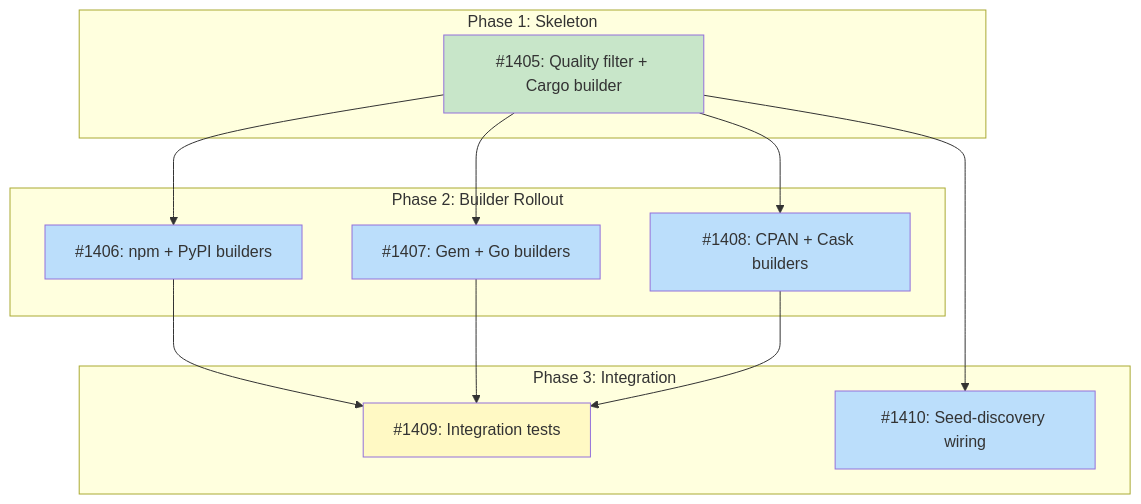
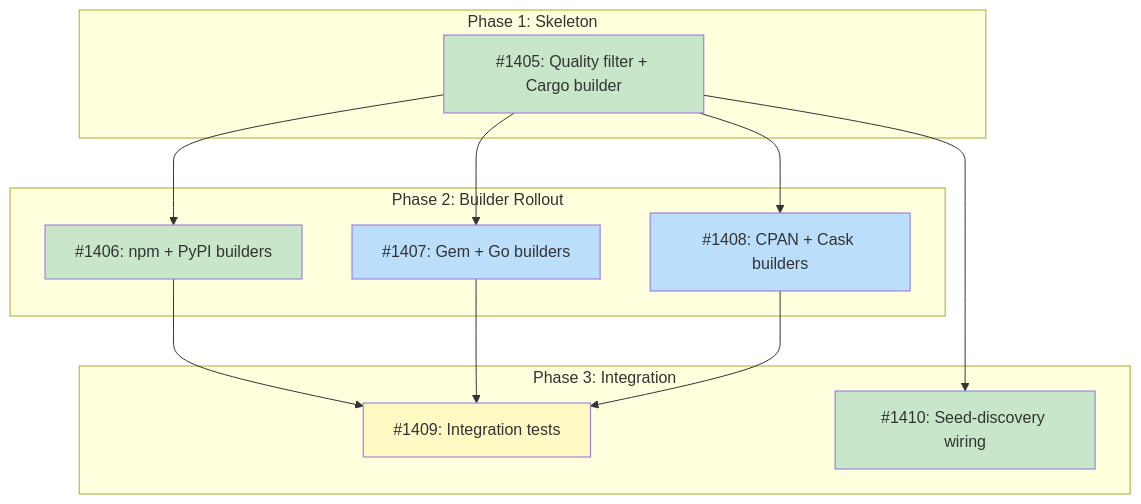
The diagram in docs/designs/DESIGN-probe-quality-filtering.md (tsukumogami/tsuku), drawn with Mermaid before and after one commit. The commit also changed other lines of this file and 832 other files, not shown here.

````diff
--- a/docs/designs/DESIGN-probe-quality-filtering.md
+++ b/docs/designs/DESIGN-probe-quality-filtering.md
@@ -38,34 +38,36 @@
 ```mermaid
 graph TD
     subgraph Phase1["Phase 1: Skeleton"]
         I1405["#1405: Quality filter + Cargo builder"]
     end
 
     subgraph Phase2["Phase 2: Builder Rollout"]
         I1406["#1406: npm + PyPI builders"]
         I1407["#1407: Gem + Go builders"]
         I1408["#1408: CPAN + Cask builders"]
     end
 
     subgraph Phase3["Phase 3: Integration"]
         I1409["#1409: Integration tests"]
         I1410["#1410: Seed-discovery wiring"]
     end
 
     I1405 --> I1406
     I1405 --> I1407
     I1405 --> I1408
     I1406 --> I1409
     I1407 --> I1409
     I1408 --> I1409
     I1405 --> I1410
 
     classDef done fill:#c8e6c9
     classDef ready fill:#bbdefb
     classDef blocked fill:#fff9c4
     classDef needsDesign fill:#e1bee7
 
     class I1405 done
-    class I1406,I1407,I1408,I1410 ready
+    class I1406 done
+    class I1407,I1408 ready
+    class I1410 done
     class I1409 blocked
 ```
````
